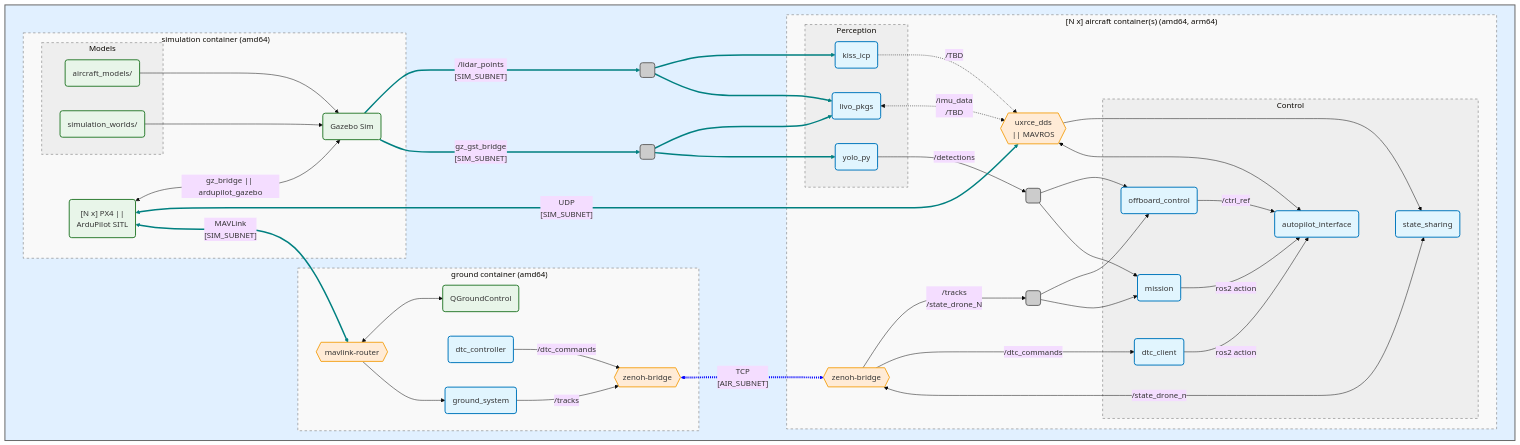
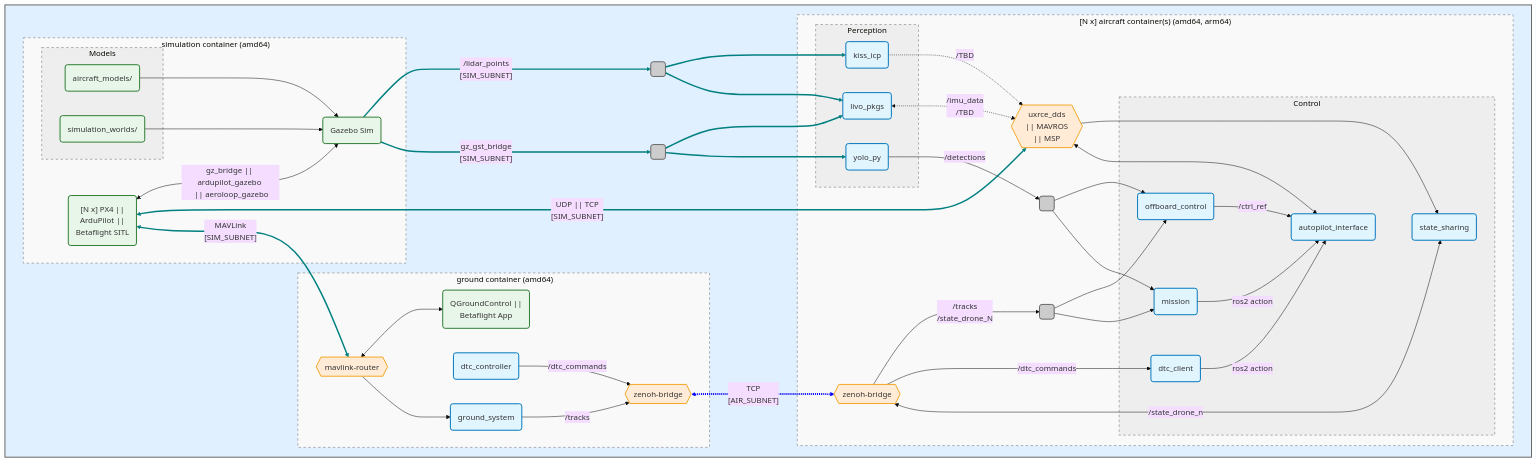
Before and after one commit to JacopoPan/aerial-autonomy-stack: the diagram in README.md, drawn with Mermaid. The commit also changed other lines of this file and 6 other files, not shown here.

```diff
--- a/README.md
+++ b/README.md
@@ -354,7 +355,7 @@
 flowchart TB
     subgraph aas [" "]
         subgraph sim ["#nbsp;simulation#nbsp;container#nbsp;(amd64)"]
-            sitl("[N x] PX4 || <br/> ArduPilot SITL"):::resource
+            sitl("[N x] PX4 || <br/> ArduPilot || <br/> Betaflight SITL"):::resource
             gz(Gazebo Sim):::resource
             subgraph models [Models]
                 drones(aircraft_models/):::resource
@@ -363,14 +364,14 @@
 
             drones --> gz
             worlds --> gz
-            sitl <--> |"gz_bridge || ardupilot_gazebo"| gz
+            sitl <--> |"gz_bridge || ardupilot_gazebo <br/> || aeroloop_gazebo"| gz
         end
 
         subgraph gnd ["#nbsp;ground#nbsp;container#nbsp;(amd64)"]
             mlrouter{{mavlink-router}}:::bridge
             ground_system(ground_system):::algo
             dtc_controller(dtc_controller):::algo
-            qgc(QGroundControl):::resource
+            qgc("QGroundControl || <br/> Betaflight App"):::resource
             zenoh_gnd{{zenoh-bridge}}:::bridge
 
             ground_system --> |"/tracks"| zenoh_gnd
@@ -396,7 +397,7 @@
             detection_split( ):::splitNode
             track_split( ):::splitNode
 
-            ap_link{{"uxrce_dds <br/> || MAVROS"}}:::bridge
+            ap_link{{"uxrce_dds <br/> || MAVROS <br/> || MSP"}}:::bridge
             kiss_icp -.-> |"/TBD"| ap_link
             livo_pkgs <-.-> |"/imu_data <br/> /TBD"| ap_link
             zenoh_air --> |"/tracks <br/> /state_drone_N"| track_split
@@ -424,7 +425,7 @@
     gz --> |"gz_gst_bridge <br/> [SIM_SUBNET]"| camera_split
     camera_split --> livo_pkgs
     camera_split -->  yolo_py
-    sitl <--> |"UDP <br/> [SIM_SUBNET]"| ap_link
+    sitl <--> |"UDP || TCP <br/> [SIM_SUBNET]"| ap_link
     sitl <--> |"MAVLink <br/> [SIM_SUBNET]"| mlrouter 
     zenoh_gnd <-.-> |"TCP <br/> [AIR_SUBNET]"| zenoh_air
 
```
